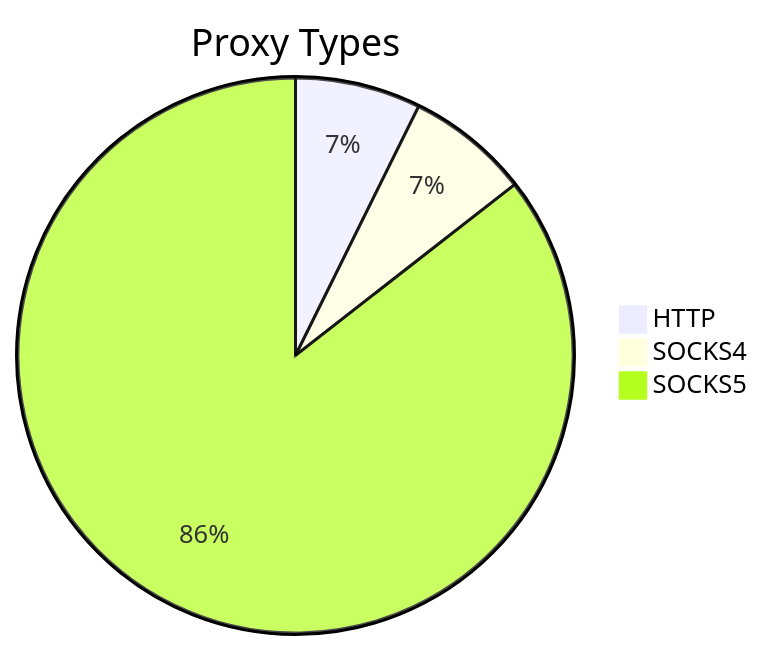
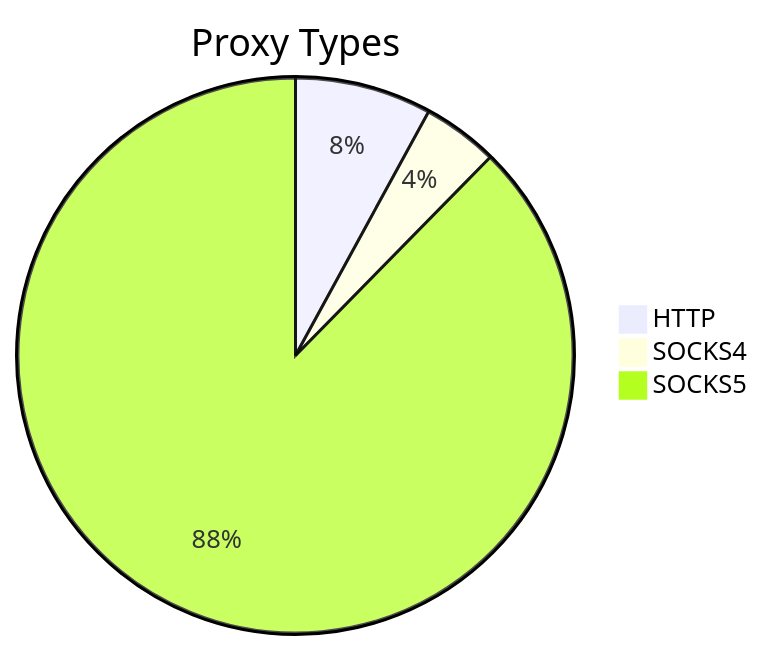
One commit to stormsia/proxy-list changed the first of 2 diagrams in README.md. Above: the diagram before and after it, drawn with Mermaid. The commit also changed other lines of this file, not shown here.

````diff
--- a/README.md
+++ b/README.md
@@ -21,6 +21,6 @@
 ```mermaid
 pie title Proxy Types
-    "HTTP" : 140
-    "SOCKS4" : 137
-    "SOCKS5" : 1639
+    "HTTP" : 112
+    "SOCKS4" : 62
+    "SOCKS5" : 1234
 ```
````
